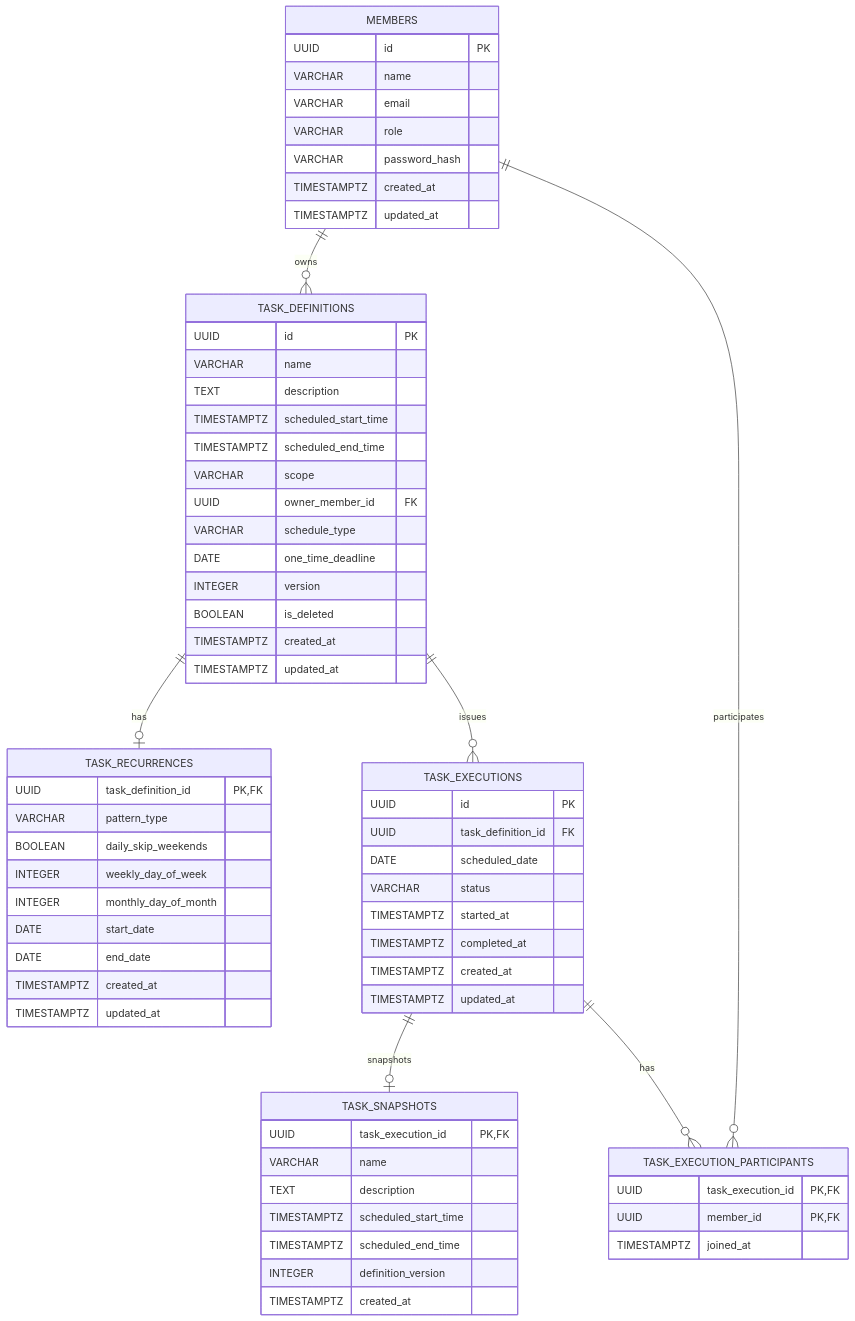
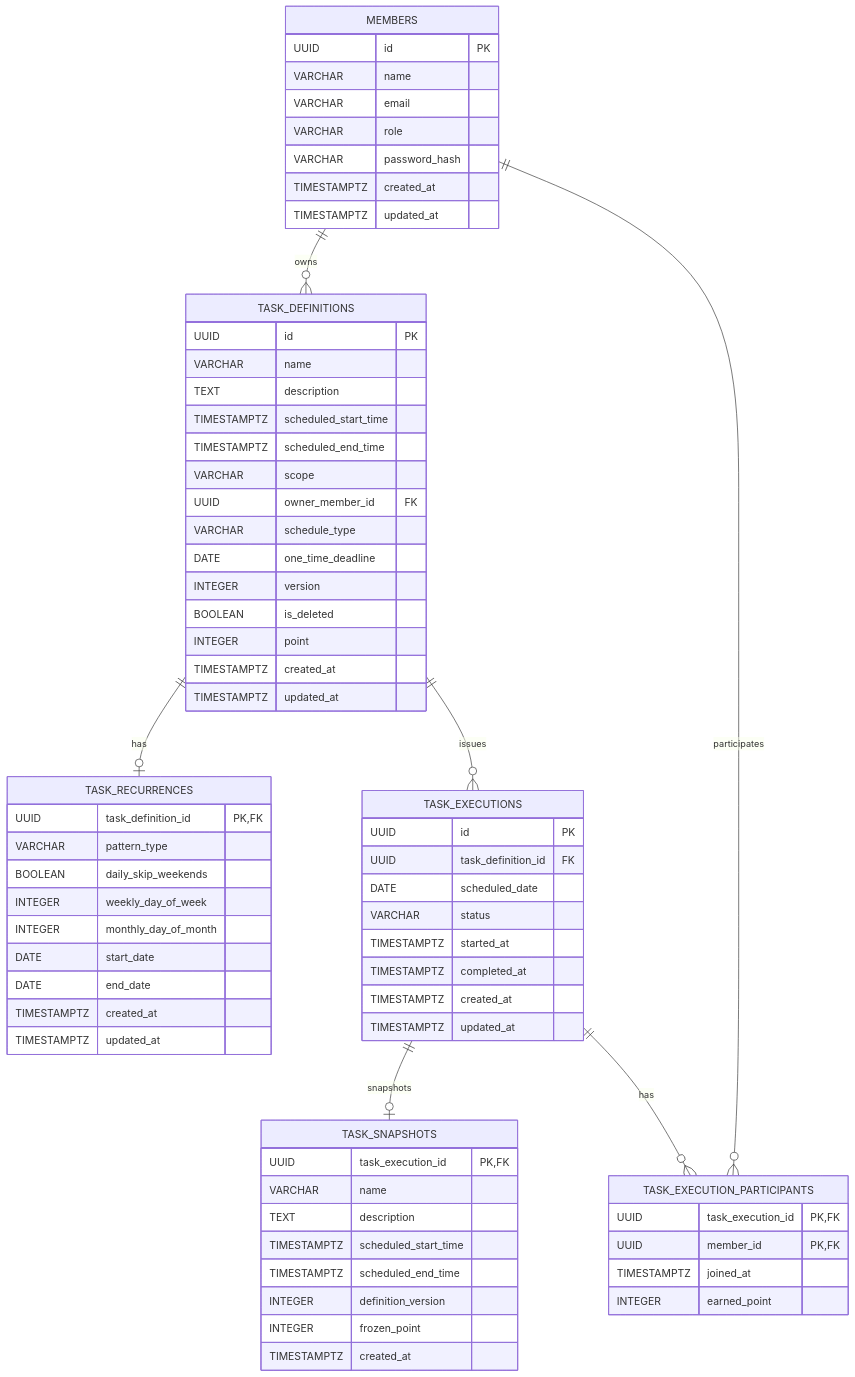
Before and after one commit to kotetsu1225/housework: the diagram in doc/er-diagram.md, drawn with Mermaid. The commit also changed 2 other files, not shown here.

Commit message:
fix(task): add point columns for tasks
Persist task points by adding point fields to definitions, snapshots,
and participants, and update ER/domain docs accordingly.

````diff
--- a/doc/er-diagram.md
+++ b/doc/er-diagram.md
@@ -3,76 +3,79 @@
 ```mermaid
 erDiagram
     MEMBERS {
         UUID id PK
         VARCHAR name
         VARCHAR email
         VARCHAR role
         VARCHAR password_hash
         TIMESTAMPTZ created_at
         TIMESTAMPTZ updated_at
     }
 
     TASK_DEFINITIONS {
         UUID id PK
         VARCHAR name
         TEXT description
         TIMESTAMPTZ scheduled_start_time
         TIMESTAMPTZ scheduled_end_time
         VARCHAR scope
         UUID owner_member_id FK
         VARCHAR schedule_type
         DATE one_time_deadline
         INTEGER version
         BOOLEAN is_deleted
+        INTEGER point
         TIMESTAMPTZ created_at
         TIMESTAMPTZ updated_at
     }
 
     TASK_RECURRENCES {
         UUID task_definition_id PK, FK
         VARCHAR pattern_type
         BOOLEAN daily_skip_weekends
         INTEGER weekly_day_of_week
         INTEGER monthly_day_of_month
         DATE start_date
         DATE end_date
         TIMESTAMPTZ created_at
         TIMESTAMPTZ updated_at
     }
 
     TASK_EXECUTIONS {
         UUID id PK
         UUID task_definition_id FK
         DATE scheduled_date
         VARCHAR status
         TIMESTAMPTZ started_at
         TIMESTAMPTZ completed_at
         TIMESTAMPTZ created_at
         TIMESTAMPTZ updated_at
     }
 
     TASK_EXECUTION_PARTICIPANTS {
         UUID task_execution_id PK, FK
         UUID member_id PK, FK
         TIMESTAMPTZ joined_at
+        INTEGER earned_point
     }
 
     TASK_SNAPSHOTS {
         UUID task_execution_id PK, FK
         VARCHAR name
         TEXT description
         TIMESTAMPTZ scheduled_start_time
         TIMESTAMPTZ scheduled_end_time
         INTEGER definition_version
+        INTEGER frozen_point
         TIMESTAMPTZ created_at
     }
 
     MEMBERS ||--o{ TASK_DEFINITIONS : owns
     TASK_DEFINITIONS ||--o| TASK_RECURRENCES : has
 
     TASK_DEFINITIONS ||--o{ TASK_EXECUTIONS : issues
     TASK_EXECUTIONS ||--o| TASK_SNAPSHOTS : snapshots
 
     TASK_EXECUTIONS ||--o{ TASK_EXECUTION_PARTICIPANTS : has
     MEMBERS ||--o{ TASK_EXECUTION_PARTICIPANTS : participates
 ```
````
